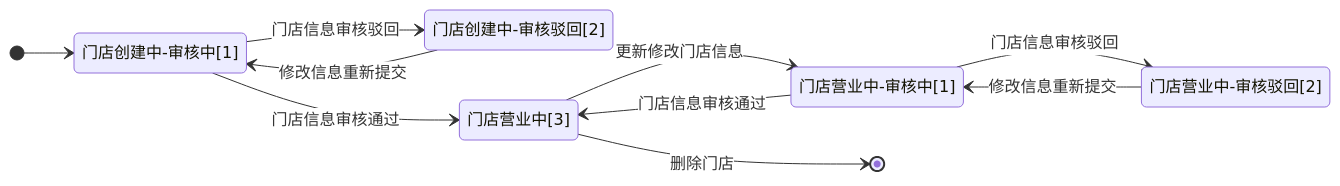
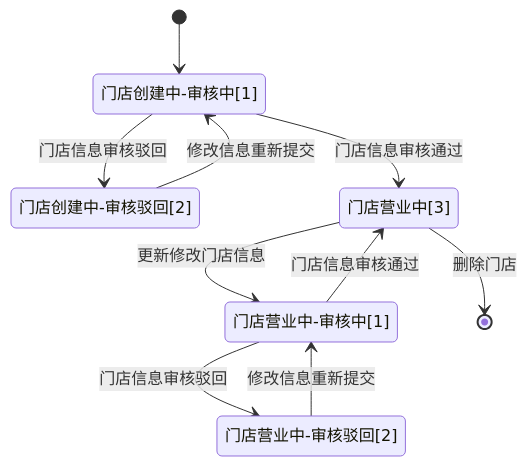
Before and after one commit to minibear2021/wechatpay_docs: the diagram in docs/partner/pages/4016628135.md, drawn with Mermaid. The commit also changed other lines of this file and 10 other files, not shown here.

````diff
--- a/docs/partner/pages/4016628135.md
+++ b/docs/partner/pages/4016628135.md
@@ -18,20 +16,17 @@
 ```mermaid
-%%{init: {'themeVariables':{'edgeLabelBackground':'#ffffff'}}}%%
 stateDiagram-v2
-    direction LR
-    state "门店创建中-审核中[1]" as S1
-    state "门店创建中-审核驳回[2]" as S2
-    state "门店营业中[3]" as S3
-    state "门店营业中-审核中[1]" as S4
-    state "门店营业中-审核驳回[2]" as S5
-
-    [*] --> S1
-    S1 --> S2: 门店信息审核驳回
-    S1 --> S3: 门店信息审核通过
-    S3 --> S4: 更新修改门店信息
-    S4 --> S5: 门店信息审核驳回
-    S3 --> [*]: 删除门店
-    S2 --> S1: 修改信息重新提交
-    S4 --> S3: 门店信息审核通过
-    S5 --> S4: 修改信息重新提交
+  state "门店创建中-审核中[1]" as S0
+  state "门店创建中-审核驳回[2]" as S1
+  state "门店营业中[3]" as S2
+  state "门店营业中-审核中[1]" as S3
+  state "门店营业中-审核驳回[2]" as S4
+  [*] --> S0
+  S0 --> S1 : 门店信息审核驳回
+  S0 --> S2 : 门店信息审核通过
+  S2 --> S3 : 更新修改门店信息
+  S3 --> S4 : 门店信息审核驳回
+  S2 --> [*] : 删除门店
+  S1 --> S0 : 修改信息重新提交
+  S3 --> S2 : 门店信息审核通过
+  S4 --> S3 : 修改信息重新提交
 ```
````
